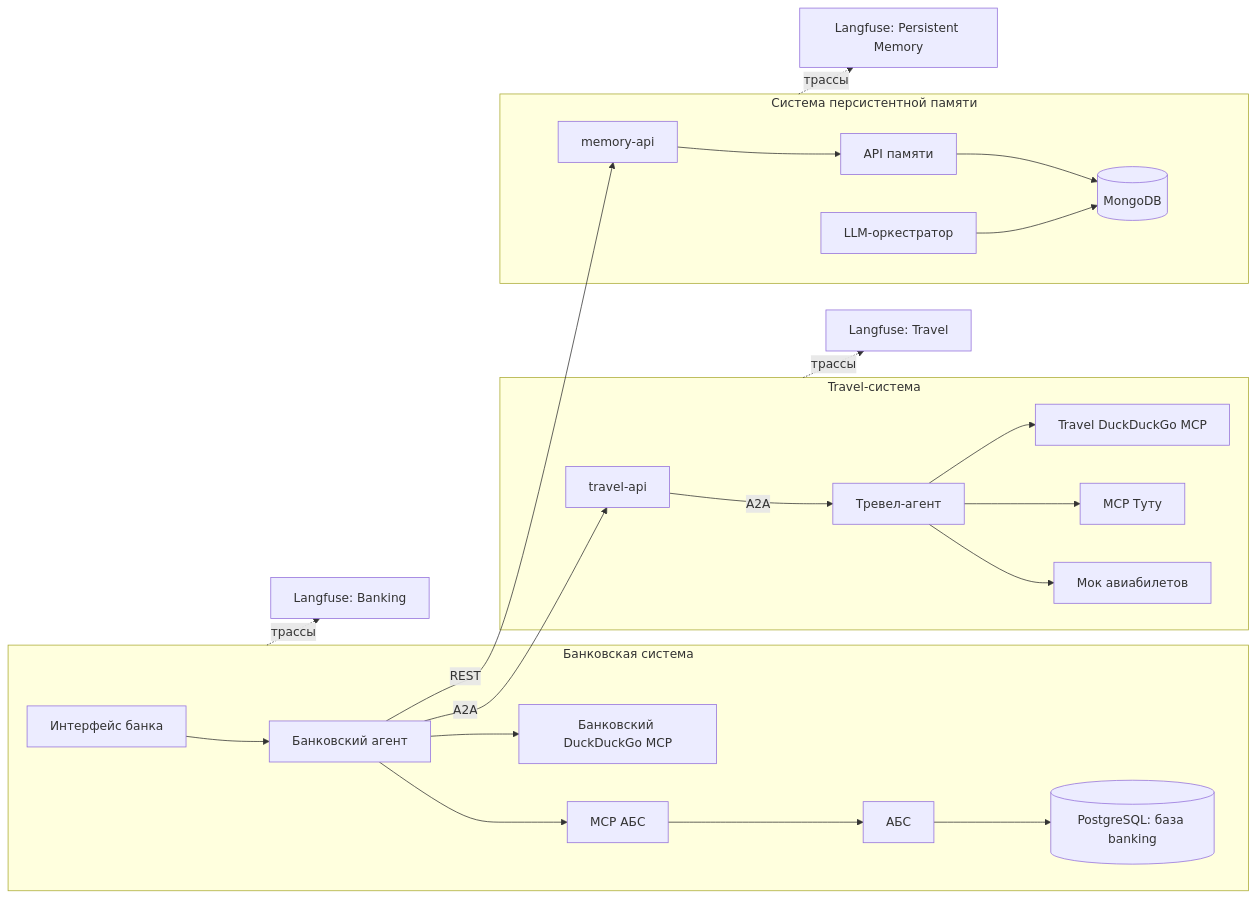
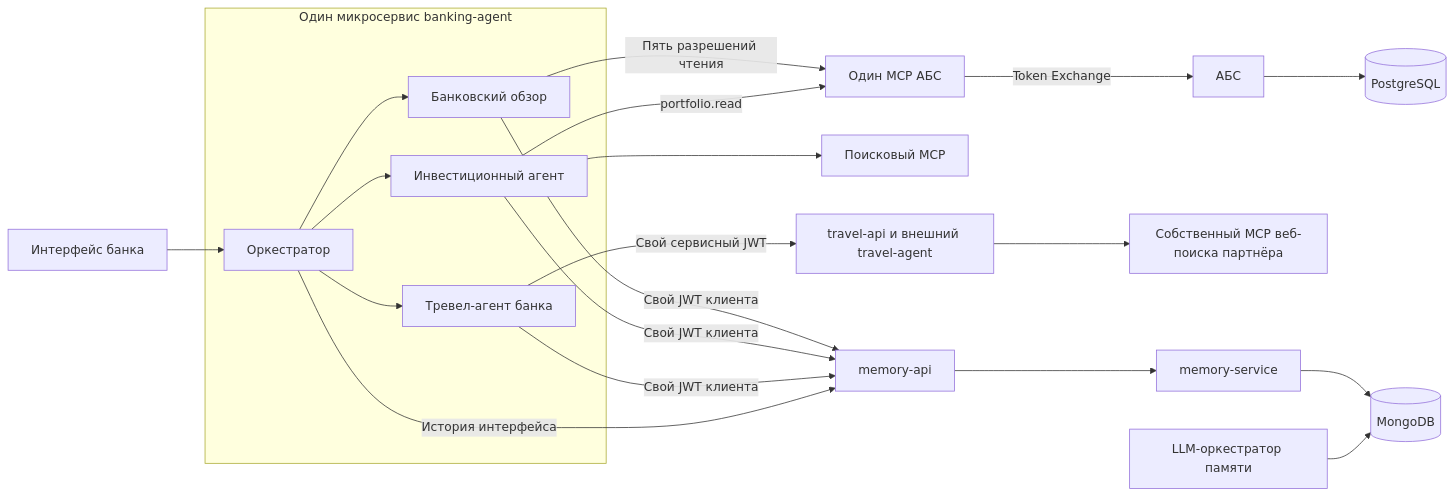
One commit to LLAMATOR-Core/agentic-banking-lab changed the diagram in docs/ARCHITECTURE.md. Above: the diagram before and after it, drawn with Mermaid. The commit also changed other lines of this file and 64 other files, not shown here.

````diff
--- a/docs/ARCHITECTURE.md
+++ b/docs/ARCHITECTURE.md
@@ -15,26 +18,23 @@
 ```mermaid
 flowchart LR
-  subgraph BANK[Банковская система]
-    UI[Интерфейс банка] --> BA[Банковский агент]
-    BA --> BM[MCP АБС]
-    BM --> ABS[АБС]
-    ABS --> PG[(PostgreSQL: база banking)]
-    BA --> BN[Банковский DuckDuckGo MCP]
+  subgraph BANK[Один микросервис banking-agent]
+    R[Оркестратор] --> O[Банковский обзор]
+    R --> I[Инвестиционный агент]
+    R --> T[Тревел-агент банка]
   end
-  subgraph TRAVEL[Travel-система]
-    TG[travel-api] -->|A2A| TA[Тревел-агент]
-    TA --> FM[Мок авиабилетов]
-    TA --> TT[MCP Туту]
-    TA --> TN[Travel DuckDuckGo MCP]
-  end
-  subgraph MEMORY[Система персистентной памяти]
-    MG[memory-api] --> MS[API памяти]
-    MS --> DB[(MongoDB)]
-    MO[LLM-оркестратор] --> DB
-  end
-  BA -->|A2A| TG
-  BA -->|REST| MG
-  BANK -. трассы .-> LB[Langfuse: Banking]
-  TRAVEL -. трассы .-> LT[Langfuse: Travel]
-  MEMORY -. трассы .-> LM[Langfuse: Persistent Memory]
+  UI[Интерфейс банка] --> R
+  O -->|Пять разрешений чтения| MCP[Один MCP АБС]
+  I -->|portfolio.read| MCP
+  MCP -->|Token Exchange| ABS[АБС]
+  ABS --> PG[(PostgreSQL)]
+  I --> SEARCH[Поисковый MCP]
+  T -->|Свой сервисный JWT| A2A[travel-api и внешний travel-agent]
+  A2A --> TS[Собственный MCP веб-поиска партнёра]
+  O -->|Свой JWT клиента| M[memory-api]
+  I -->|Свой JWT клиента| M
+  T -->|Свой JWT клиента| M
+  R -->|История интерфейса| M
+  M --> MS[memory-service]
+  MS --> DB[(MongoDB)]
+  MO[LLM-оркестратор памяти] --> DB
 ```
````
